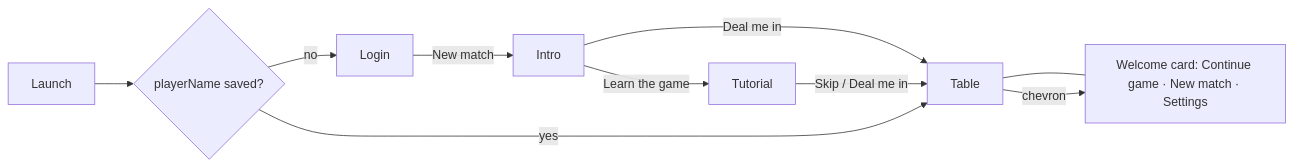
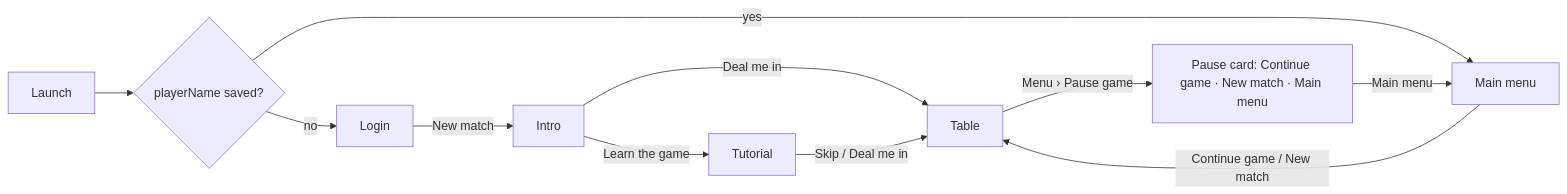
The second of 4 diagrams in App/Explainer/docs/architecture.md (cmurphy1140/catch-5), drawn with Mermaid before and after one commit. The commit also changed other lines of this file and 16 other files, not shown here.

First line of the commit message:
Start over asks with an alert; docs catch up with the main menu, pause card and beginner mode (#41)

````diff
--- a/App/Explainer/docs/architecture.md
+++ b/App/Explainer/docs/architecture.md
@@ -42,11 +42,12 @@
 ```mermaid
 flowchart LR
     Launch --> Q{playerName saved?}
     Q -- no --> Login
     Login -- "New match" --> Intro
     Intro -- "Deal me in" --> Table
     Intro -- "Learn the game" --> Tutorial -- "Skip / Deal me in" --> Table
-    Q -- yes --> Table
-    Table --- Card["Welcome card: Continue game · New match · Settings"]
-    Table -- chevron --> Card
+    Q -- yes --> Menu["Main menu"]
+    Menu -- "Continue game / New match" --> Table
+    Table -- "Menu › Pause game" --> Card["Pause card: Continue game · New match · Main menu"]
+    Card -- "Main menu" --> Menu
 ```
````
